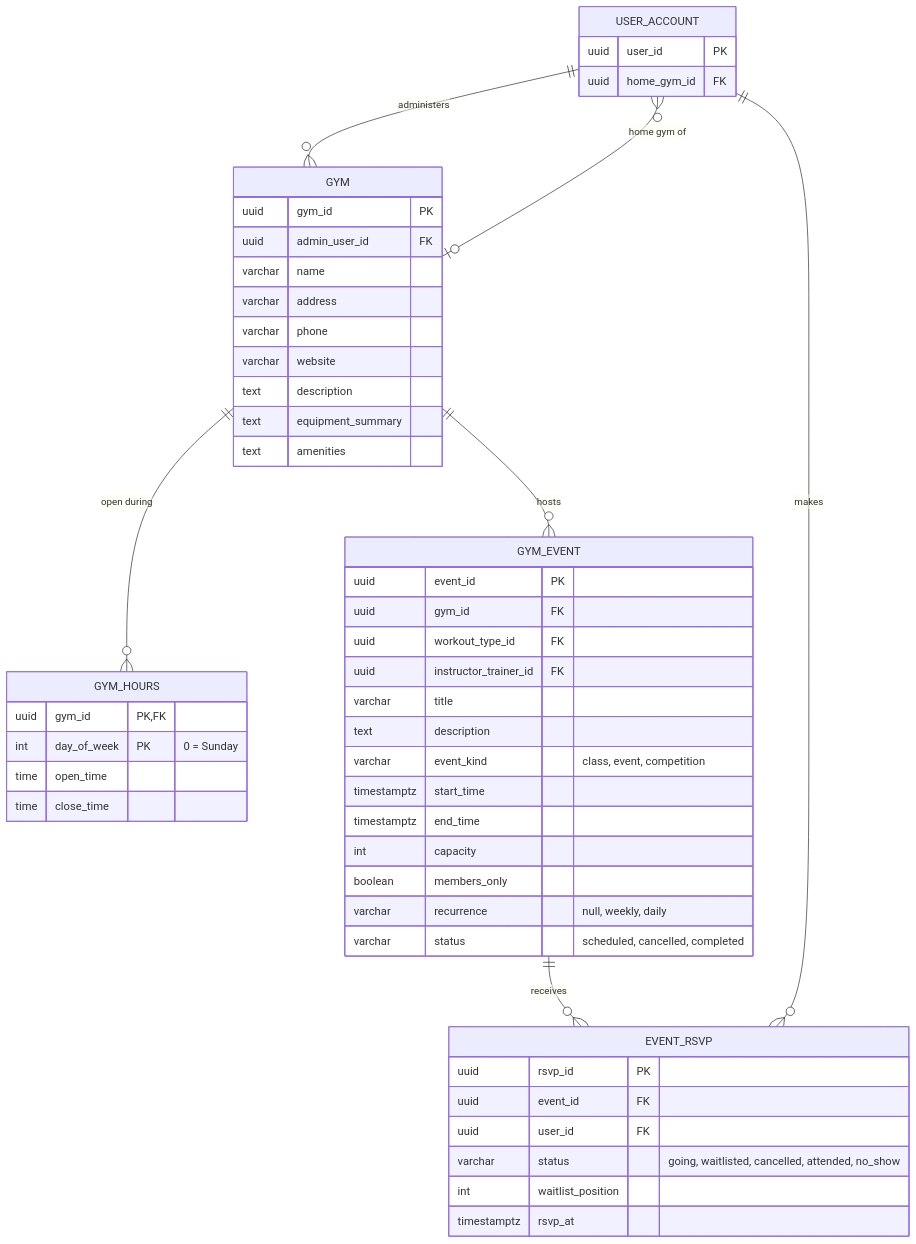
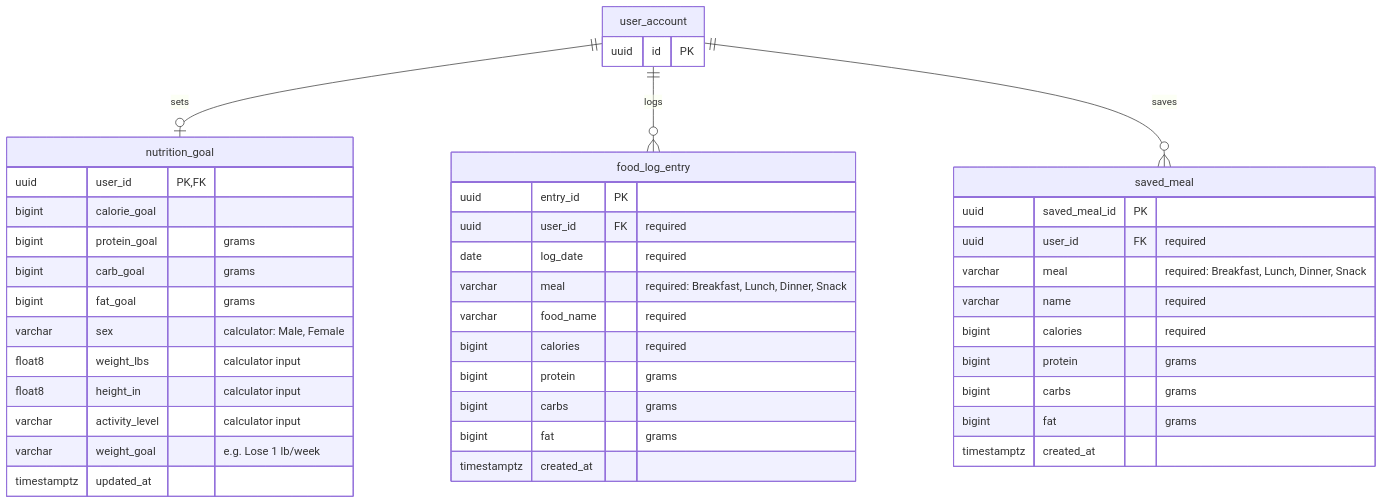
One commit to rehman20052/SwoleMates changed the fourth of 6 diagrams in docs/DATA_MODEL.md. Above: the diagram before and after it, drawn with Mermaid. The commit also changed other lines of this file, not shown here.

````diff
--- a/docs/DATA_MODEL.md
+++ b/docs/DATA_MODEL.md
@@ -268,53 +225,45 @@
 ```mermaid
 erDiagram
-  USER_ACCOUNT {
-    uuid user_id PK
-    uuid home_gym_id FK
+  user_account {
+    uuid id PK
   }
-  GYM {
-    uuid gym_id PK
-    uuid admin_user_id FK
-    varchar name
-    varchar address
-    varchar phone
-    varchar website
-    text description
-    text equipment_summary
-    text amenities
+  nutrition_goal {
+    uuid user_id PK, FK
+    bigint calorie_goal
+    bigint protein_goal "grams"
+    bigint carb_goal "grams"
+    bigint fat_goal "grams"
+    varchar sex "calculator: Male, Female"
+    float8 weight_lbs "calculator input"
+    float8 height_in "calculator input"
+    varchar activity_level "calculator input"
+    varchar weight_goal "e.g. Lose 1 lb/week"
+    timestamptz updated_at
   }
-  GYM_HOURS {
-    uuid gym_id PK, FK
-    int day_of_week PK "0 = Sunday"
-    time open_time
-    time close_time
+  food_log_entry {
+    uuid entry_id PK
+    uuid user_id FK "required"
+    date log_date "required"
+    varchar meal "required: Breakfast, Lunch, Dinner, Snack"
+    varchar food_name "required"
+    bigint calories "required"
+    bigint protein "grams"
+    bigint carbs "grams"
+    bigint fat "grams"
+    timestamptz created_at
   }
-  GYM_EVENT {
-    uuid event_id PK
-    uuid gym_id FK
-    uuid workout_type_id FK
-    uuid instructor_trainer_id FK
-    varchar title
-    text description
-    varchar event_kind "class, event, competition"
-    timestamptz start_time
-    timestamptz end_time
-    int capacity
-    boolean members_only
-    varchar recurrence "null, weekly, daily"
-    varchar status "scheduled, cancelled, completed"
+  saved_meal {
+    uuid saved_meal_id PK
+    uuid user_id FK "required"
+    varchar meal "required: Breakfast, Lunch, Dinner, Snack"
+    varchar name "required"
+    bigint calories "required"
+    bigint protein "grams"
+    bigint carbs "grams"
+    bigint fat "grams"
+    timestamptz created_at
   }
-  EVENT_RSVP {
-    uuid rsvp_id PK
-    uuid event_id FK
-    uuid user_id FK
-    varchar status "going, waitlisted, cancelled, attended, no_show"
-    int waitlist_position
-    timestamptz rsvp_at
-  }
-  USER_ACCOUNT ||--o{ GYM : administers
-  GYM |o--o{ USER_ACCOUNT : "home gym of"
-  GYM ||--o{ GYM_HOURS : "open during"
-  GYM ||--o{ GYM_EVENT : hosts
-  GYM_EVENT ||--o{ EVENT_RSVP : receives
-  USER_ACCOUNT ||--o{ EVENT_RSVP : makes
+  user_account ||--o| nutrition_goal : sets
+  user_account ||--o{ food_log_entry : logs
+  user_account ||--o{ saved_meal : saves
 ```
````
